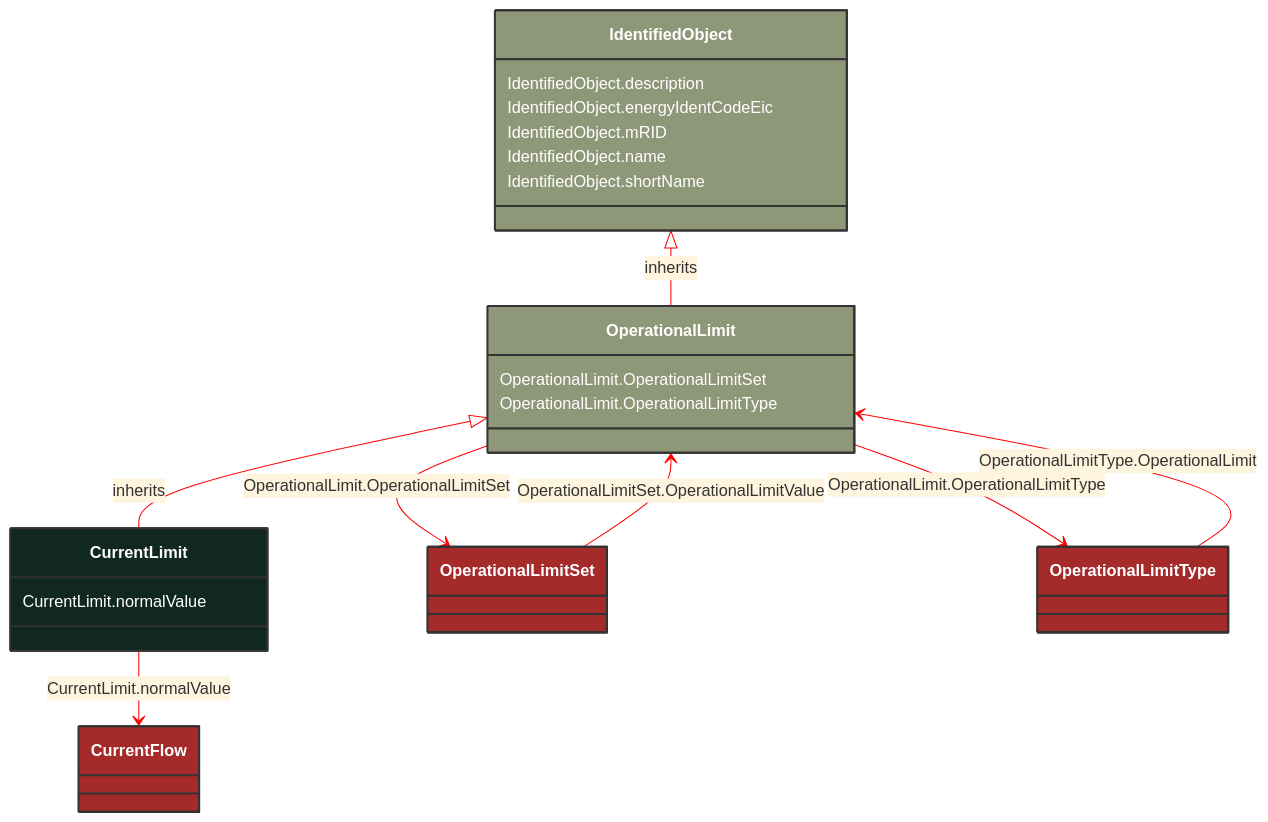
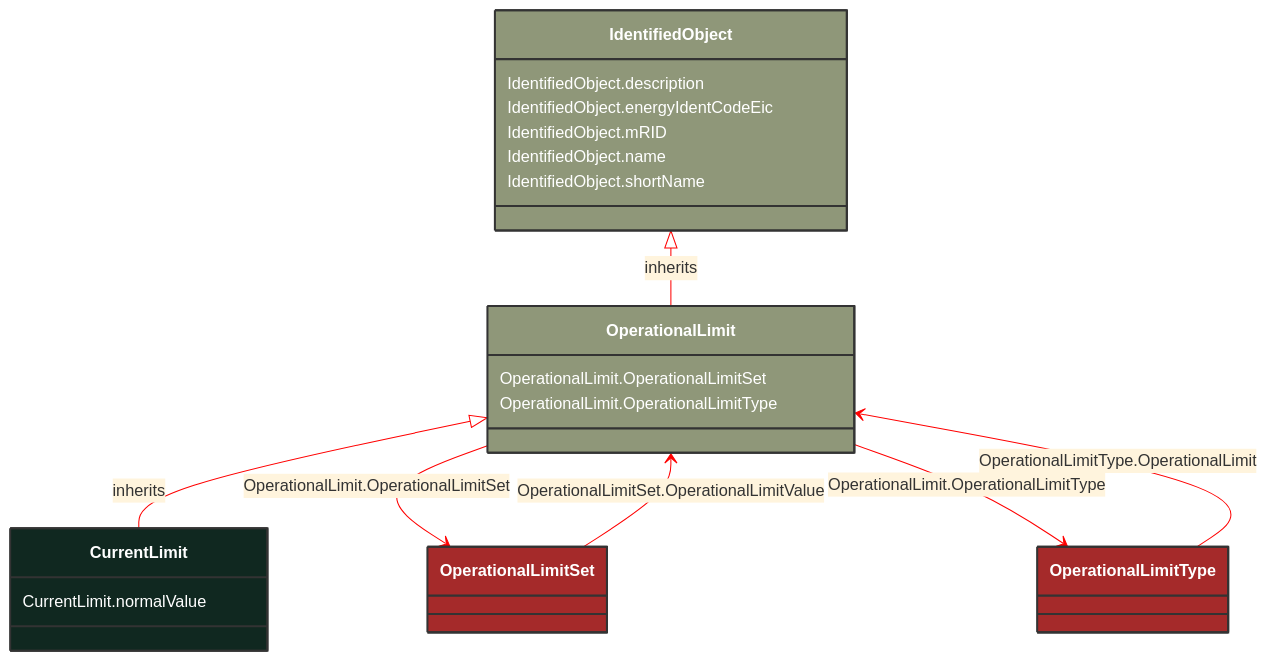
One commit to 3lbits/NoCIMExtensions changed the diagram in docs/Models/Profiles/CoreEquipment/ConcreteClasses/CurrentLimit.md. Above: the diagram before and after it, drawn with Mermaid. The commit also changed other lines of this file and 397 other files, not shown here.

First line of the commit message:
Refactor CIM schemas to introduce abstract classes and consolidate data types

````diff
--- a/docs/Models/Profiles/CoreEquipment/ConcreteClasses/CurrentLimit.md
+++ b/docs/Models/Profiles/CoreEquipment/ConcreteClasses/CurrentLimit.md
@@ -8,53 +8,48 @@
 ```mermaid
 %%{init: {'theme':'base','themeVariables': {'lineColor': '#FF0000'}}}%%
 classDiagram
     class CurrentLimit
     click CurrentLimit href "/Models/Profiles/CoreEquipment/ConcreteClasses/CurrentLimit/"
     style CurrentLimit fill:#102820,stroke:#333,stroke-width:2px,rx:10,ry:10,color:white
      
         OperationalLimit <|-- CurrentLimit : inherits
-            click OperationalLimit href "/Models/Profiles/CoreEquipment/ConcreteClasses/OperationalLimit/"
+            click OperationalLimit href "/Models/Profiles/CoreEquipment/AbstractClasses/OperationalLimit/"
             style OperationalLimit fill:#8F9779,stroke:#333,stroke-width:2px,rx:10,ry:10,color:white
      
         IdentifiedObject <|-- OperationalLimit : inherits
-            click IdentifiedObject href "/Models/Profiles/CoreEquipment/ConcreteClasses/IdentifiedObject/"
+            click IdentifiedObject href "/Models/Profiles/CoreEquipment/AbstractClasses/IdentifiedObject/"
             style IdentifiedObject fill:#8F9779,stroke:#333,stroke-width:2px,rx:10,ry:10,color:white
 
-        CurrentLimit --> CurrentFlow : CurrentLimit.normalValue
-
-        CurrentFlow
-            click CurrentFlow href "/Models/Profiles/CoreEquipment/ConcreteClasses/CurrentFlow/"
-            style CurrentFlow fill:#A52A2A,stroke:#333,stroke-width:2px,rx:10,ry:10,color:white
         OperationalLimit --> OperationalLimitSet : OperationalLimit.OperationalLimitSet
 
         OperationalLimitSet
             click OperationalLimitSet href "/Models/Profiles/CoreEquipment/ConcreteClasses/OperationalLimitSet/"
             style OperationalLimitSet fill:#A52A2A,stroke:#333,stroke-width:2px,rx:10,ry:10,color:white
         OperationalLimit --> OperationalLimitType : OperationalLimit.OperationalLimitType
 
         OperationalLimitType
             click OperationalLimitType href "/Models/Profiles/CoreEquipment/ConcreteClasses/OperationalLimitType/"
             style OperationalLimitType fill:#A52A2A,stroke:#333,stroke-width:2px,rx:10,ry:10,color:white
 
         OperationalLimitSet --> OperationalLimit : OperationalLimitSet.OperationalLimitValue
 
         OperationalLimitSet
             click OperationalLimitSet href "/Models/Profiles/CoreEquipment/ConcreteClasses/OperationalLimitSet/"
             style OperationalLimitSet fill:#A52A2A,stroke:#333,stroke-width:2px,rx:10,ry:10,color:white
 
         OperationalLimitType --> OperationalLimit : OperationalLimitType.OperationalLimit
 
         OperationalLimitType
             click OperationalLimitType href "/Models/Profiles/CoreEquipment/ConcreteClasses/OperationalLimitType/"
             style OperationalLimitType fill:#A52A2A,stroke:#333,stroke-width:2px,rx:10,ry:10,color:white
 
 
         CurrentLimit : CurrentLimit.normalValue
         OperationalLimit : OperationalLimit.OperationalLimitSet
         OperationalLimit : OperationalLimit.OperationalLimitType
         IdentifiedObject : IdentifiedObject.description
         IdentifiedObject : IdentifiedObject.energyIdentCodeEic
         IdentifiedObject : IdentifiedObject.mRID
         IdentifiedObject : IdentifiedObject.name
         IdentifiedObject : IdentifiedObject.shortName
 ```
````
